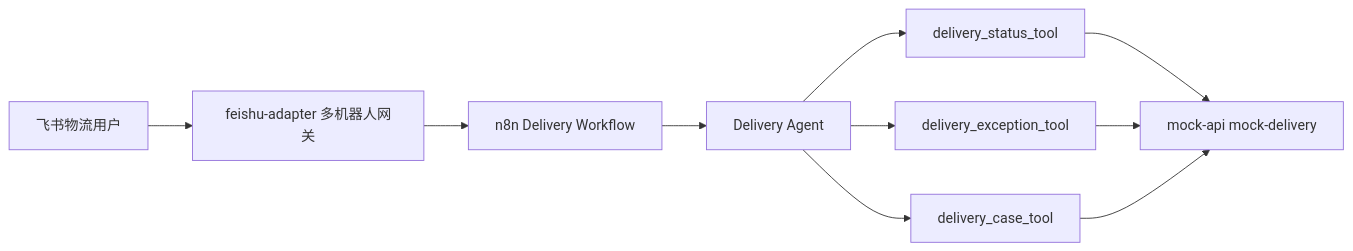
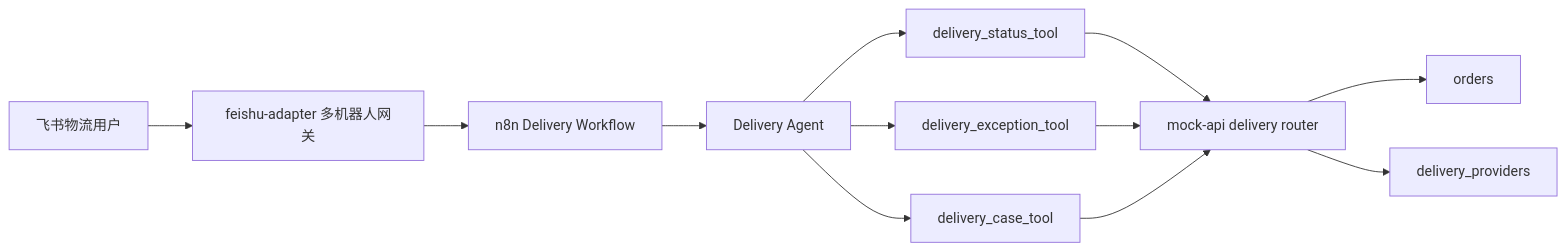
The third of 3 diagrams in README.md (talon1126/agent), drawn with Mermaid before and after one commit. The commit also changed other lines of this file and 16 other files, not shown here.

````diff
--- a/README.md
+++ b/README.md
@@ -182,14 +183,16 @@
 ```mermaid
 flowchart LR
     User["飞书物流用户"] --> Gateway["feishu-adapter 多机器人网关"]
     Gateway --> Workflow["n8n Delivery Workflow"]
     Workflow --> Agent["Delivery Agent"]
 
     Agent --> StatusTool["delivery_status_tool"]
     Agent --> ExceptionTool["delivery_exception_tool"]
     Agent --> CaseTool["delivery_case_tool"]
 
-    StatusTool --> MockAPI["mock-api mock-delivery"]
+    StatusTool --> MockAPI["mock-api delivery router"]
     ExceptionTool --> MockAPI
     CaseTool --> MockAPI
+    MockAPI --> Orders["orders"]
+    MockAPI --> Providers["delivery_providers"]
 ```
````
